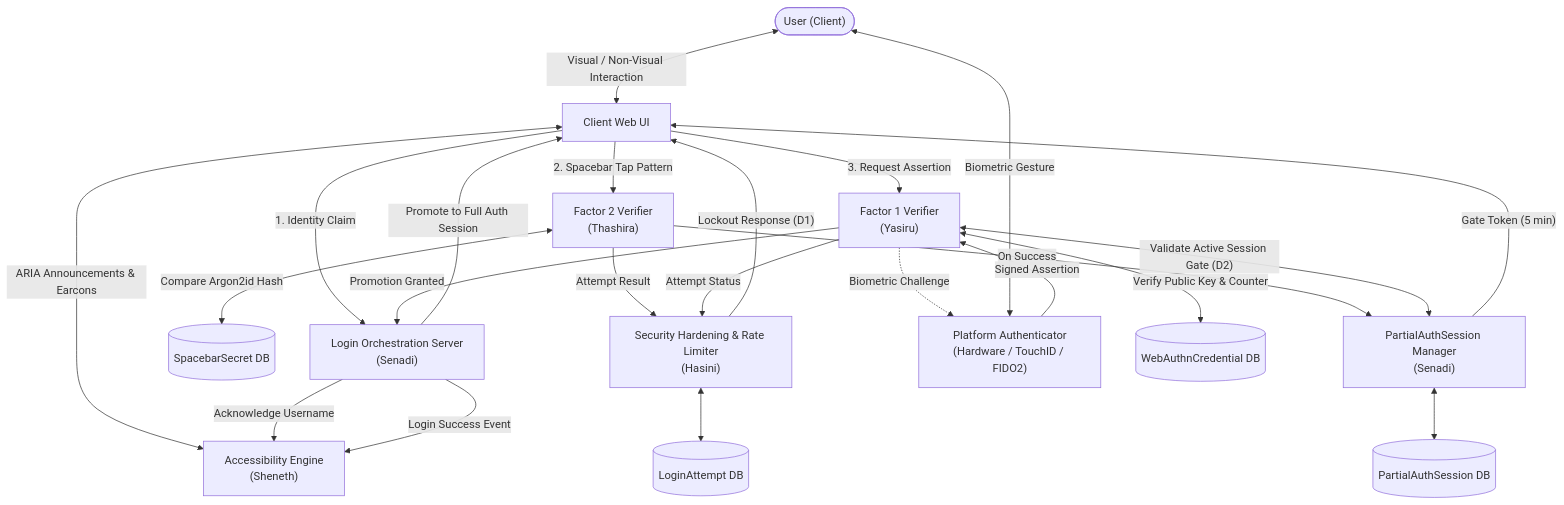
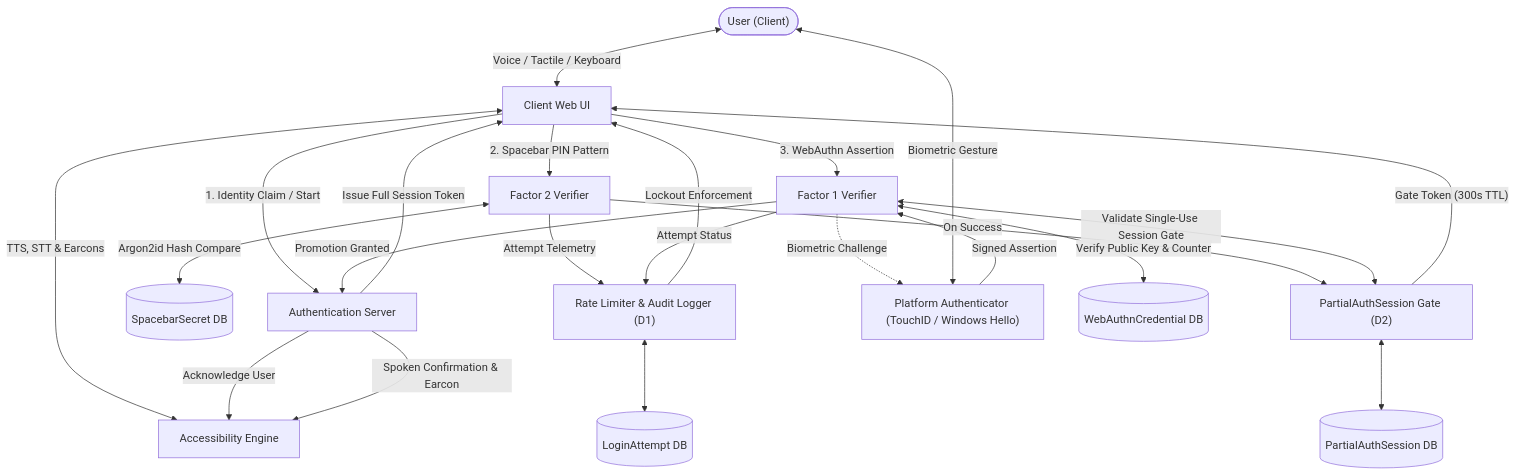
One commit to yasiru2003/TapKey changed the diagram in README.md. Above: the diagram before and after it, drawn with Mermaid. The commit also changed other lines of this file, not shown here.

Commit message:
Docs: Update README.md with comprehensive specification, API reference, and accessibility features

````diff
--- a/README.md
+++ b/README.md
@@ -53,33 +52,33 @@
 ```mermaid
 flowchart TD
-    User(["User (Client)"]) <-->|"Visual / Non-Visual Interaction"| UI["Client Web UI"]
-    UI <-->|"ARIA Announcements & Earcons"| AE["Accessibility Engine<br/>(Sheneth)"]
+    User(["User (Client)"]) <-->|"Voice / Tactile / Keyboard"| UI["Client Web UI"]
+    UI <-->|"TTS, STT & Earcons"| AE["Accessibility Engine"]
     
-    UI -->|"1. Identity Claim"| Server["Login Orchestration Server<br/>(Senadi)"]
-    Server -->|"Acknowledge Username"| AE
+    UI -->|"1. Identity Claim / Start"| Server["Authentication Server"]
+    Server -->|"Acknowledge User"| AE
 
-    UI -->|"2. Spacebar Tap Pattern"| F2["Factor 2 Verifier<br/>(Thashira)"]
-    F2 <-->|"Compare Argon2id Hash"| DB_Secret[("SpacebarSecret DB")]
+    UI -->|"2. Spacebar PIN Pattern"| F2["Factor 2 Verifier"]
+    F2 <-->|"Argon2id Hash Compare"| DB_Secret[("SpacebarSecret DB")]
     
-    F2 -->|"Attempt Result"| SecLog["Security Hardening & Rate Limiter<br/>(Hasini)"]
+    F2 -->|"Attempt Telemetry"| SecLog["Rate Limiter & Audit Logger (D1)"]
     SecLog <--> DB_Log[("LoginAttempt DB")]
-    SecLog -->|"Lockout Response (D1)"| UI
+    SecLog -->|"Lockout Enforcement"| UI
     
-    F2 -->|"On Success"| Gate["PartialAuthSession Manager<br/>(Senadi)"]
+    F2 -->|"On Success"| Gate["PartialAuthSession Gate (D2)"]
     Gate <--> DB_Session[("PartialAuthSession DB")]
     
-    Gate -->|"Gate Token (5 min)"| UI
-    UI -->|"3. Request Assertion"| F1["Factor 1 Verifier<br/>(Yasiru)"]
-    F1 <-->|"Validate Active Session Gate (D2)"| Gate
+    Gate -->|"Gate Token (300s TTL)"| UI
+    UI -->|"3. WebAuthn Assertion"| F1["Factor 1 Verifier"]
+    F1 <-->|"Validate Single-Use Session Gate"| Gate
     
-    F1 -.->|"Biometric Challenge"| Auth["Platform Authenticator<br/>(Hardware / TouchID / FIDO2)"]
+    F1 -.->|"Biometric Challenge"| Auth["Platform Authenticator (TouchID / Windows Hello)"]
     Auth <-->|"Biometric Gesture"| User
     Auth -->|"Signed Assertion"| F1
     
     F1 <-->|"Verify Public Key & Counter"| DB_Cred[("WebAuthnCredential DB")]
     F1 -->|"Attempt Status"| SecLog
     
     F1 -->|"Promotion Granted"| Server
-    Server -->|"Promote to Full Auth Session"| UI
-    Server -->|"Login Success Event"| AE
+    Server -->|"Issue Full Session Token"| UI
+    Server -->|"Spoken Confirmation & Earcon"| AE
 ```
````
